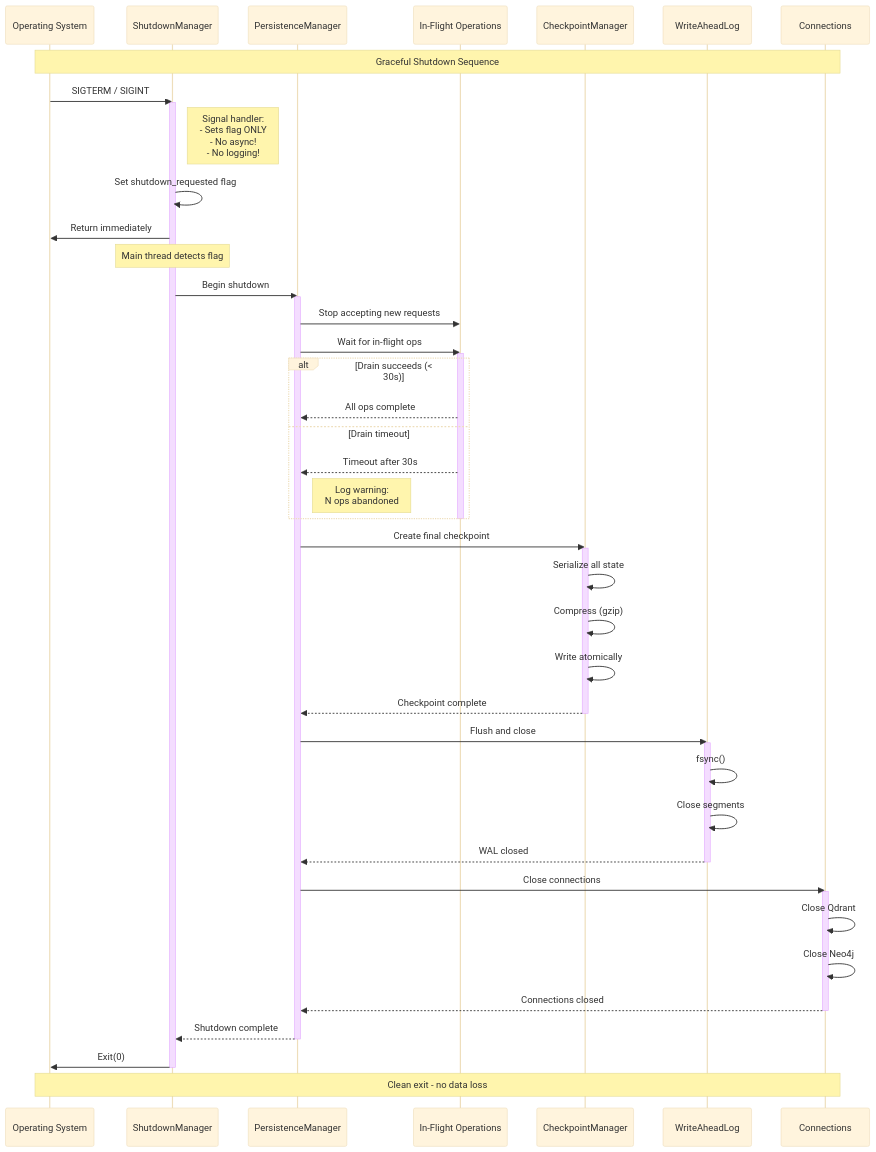
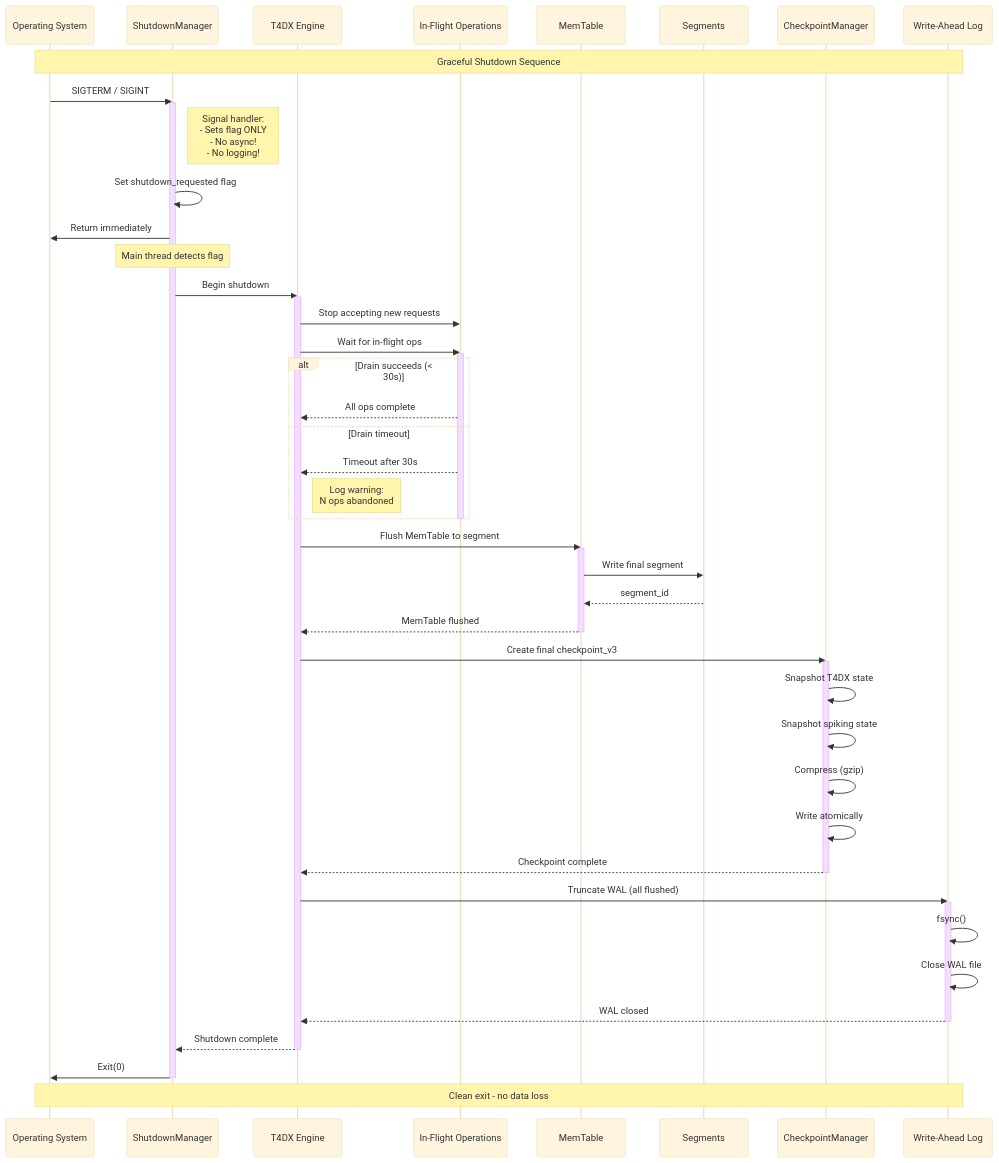
One commit to astoreyai/t4d changed the diagram in docs/diagrams/shutdown_flow.mmd. Above: the diagram before and after it, drawn with Mermaid. The commit also changed 31 other files, not shown here.

```diff
--- a/docs/diagrams/shutdown_flow.mmd
+++ b/docs/diagrams/shutdown_flow.mmd
@@ -1,68 +1,70 @@
 %%{init: {'theme': 'base'}}%%
 
 sequenceDiagram
     participant OS as Operating System
     participant SH as ShutdownManager
-    participant PM as PersistenceManager
+    participant ENGINE as T4DX Engine
     participant OPS as In-Flight Operations
+    participant MT as MemTable
+    participant SEG as Segments
     participant CP as CheckpointManager
-    participant WAL as WriteAheadLog
-    participant CONN as Connections
+    participant WAL as Write-Ahead Log
 
-    Note over OS,CONN: Graceful Shutdown Sequence
+    Note over OS,WAL: Graceful Shutdown Sequence
 
     OS->>SH: SIGTERM / SIGINT
     activate SH
 
     Note right of SH: Signal handler:<br/>- Sets flag ONLY<br/>- No async!<br/>- No logging!
 
     SH->>SH: Set shutdown_requested flag
     SH->>OS: Return immediately
 
     Note over SH: Main thread detects flag
 
-    SH->>PM: Begin shutdown
-    activate PM
+    SH->>ENGINE: Begin shutdown
+    activate ENGINE
 
-    PM->>OPS: Stop accepting new requests
+    ENGINE->>OPS: Stop accepting new requests
 
-    PM->>OPS: Wait for in-flight ops
+    ENGINE->>OPS: Wait for in-flight ops
     activate OPS
 
     alt Drain succeeds (< 30s)
-        OPS-->>PM: All ops complete
+        OPS-->>ENGINE: All ops complete
     else Drain timeout
-        OPS-->>PM: Timeout after 30s
-        Note right of PM: Log warning:<br/>N ops abandoned
+        OPS-->>ENGINE: Timeout after 30s
+        Note right of ENGINE: Log warning:<br/>N ops abandoned
     end
     deactivate OPS
 
-    PM->>CP: Create final checkpoint
+    ENGINE->>MT: Flush MemTable to segment
+    activate MT
+    MT->>SEG: Write final segment
+    SEG-->>MT: segment_id
+    MT-->>ENGINE: MemTable flushed
+    deactivate MT
+
+    ENGINE->>CP: Create final checkpoint_v3
     activate CP
-    CP->>CP: Serialize all state
+    CP->>CP: Snapshot T4DX state
+    CP->>CP: Snapshot spiking state
     CP->>CP: Compress (gzip)
     CP->>CP: Write atomically
-    CP-->>PM: Checkpoint complete
+    CP-->>ENGINE: Checkpoint complete
     deactivate CP
 
-    PM->>WAL: Flush and close
+    ENGINE->>WAL: Truncate WAL (all flushed)
     activate WAL
     WAL->>WAL: fsync()
-    WAL->>WAL: Close segments
-    WAL-->>PM: WAL closed
+    WAL->>WAL: Close WAL file
+    WAL-->>ENGINE: WAL closed
     deactivate WAL
 
-    PM->>CONN: Close connections
-    activate CONN
-    CONN->>CONN: Close Qdrant
-    CONN->>CONN: Close Neo4j
-    CONN-->>PM: Connections closed
-    deactivate CONN
-
-    PM-->>SH: Shutdown complete
-    deactivate PM
+    ENGINE-->>SH: Shutdown complete
+    deactivate ENGINE
 
     SH->>OS: Exit(0)
     deactivate SH
 
-    Note over OS,CONN: Clean exit - no data loss
+    Note over OS,WAL: Clean exit - no data loss
```
